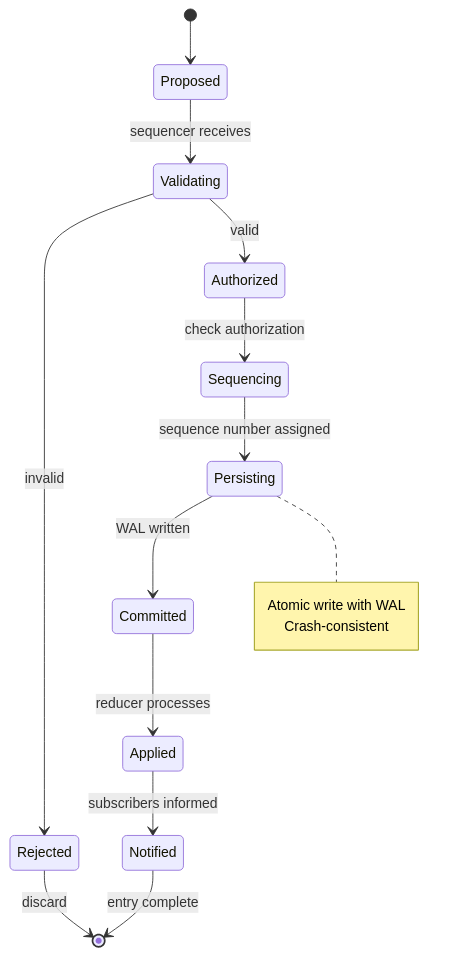
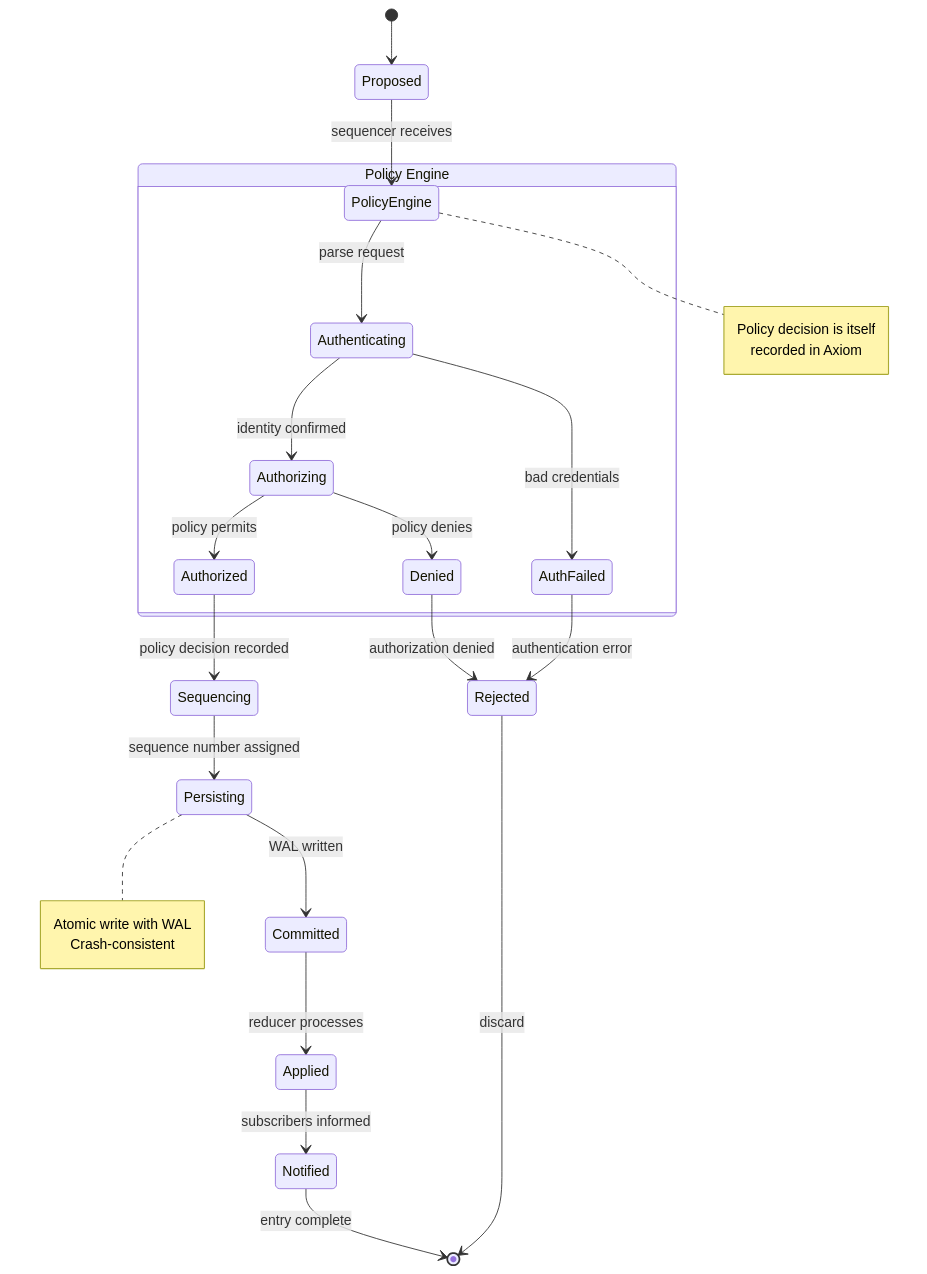
Before and after one commit to cypher-asi/zero-os: the third of 18 diagrams in docs/diagrams/state-machines.md, drawn with Mermaid. The commit also changed other lines of this file and 24 other files, not shown here.

````diff
--- a/docs/diagrams/state-machines.md
+++ b/docs/diagrams/state-machines.md
@@ -116,28 +127,41 @@
 ```mermaid
 stateDiagram-v2
     [*] --> Proposed
     
-    Proposed --> Validating: sequencer receives
+    Proposed --> PolicyEngine: sequencer receives
     
-    Validating --> Rejected: invalid
-    Validating --> Authorized: valid
+    state "Policy Engine" as pe {
+        PolicyEngine --> Authenticating: parse request
+        Authenticating --> AuthFailed: bad credentials
+        Authenticating --> Authorizing: identity confirmed
+        Authorizing --> Authorized: policy permits
+        Authorizing --> Denied: policy denies
+    }
+    
+    AuthFailed --> Rejected: authentication error
+    Denied --> Rejected: authorization denied
     
     Rejected --> [*]: discard
     
-    Authorized --> Sequencing: check authorization
+    Authorized --> Sequencing: policy decision recorded
     
     Sequencing --> Persisting: sequence number assigned
     
     Persisting --> Committed: WAL written
     
     Committed --> Applied: reducer processes
     
     Applied --> Notified: subscribers informed
     
     Notified --> [*]: entry complete
     
+    note right of PolicyEngine
+        Policy decision is itself
+        recorded in Axiom
+    end note
+    
     note right of Persisting
         Atomic write with WAL
         Crash-consistent
     end note
 ```
````
